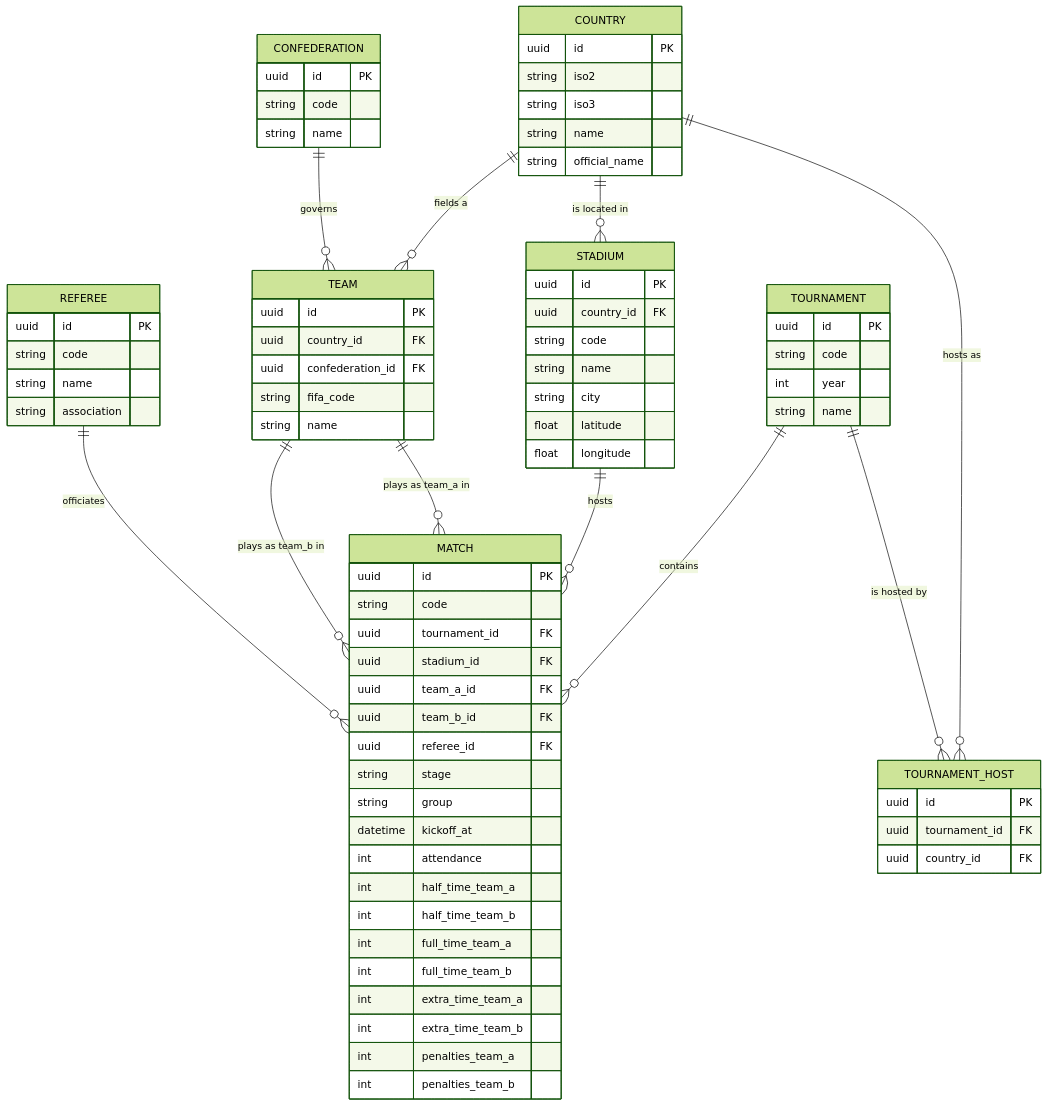
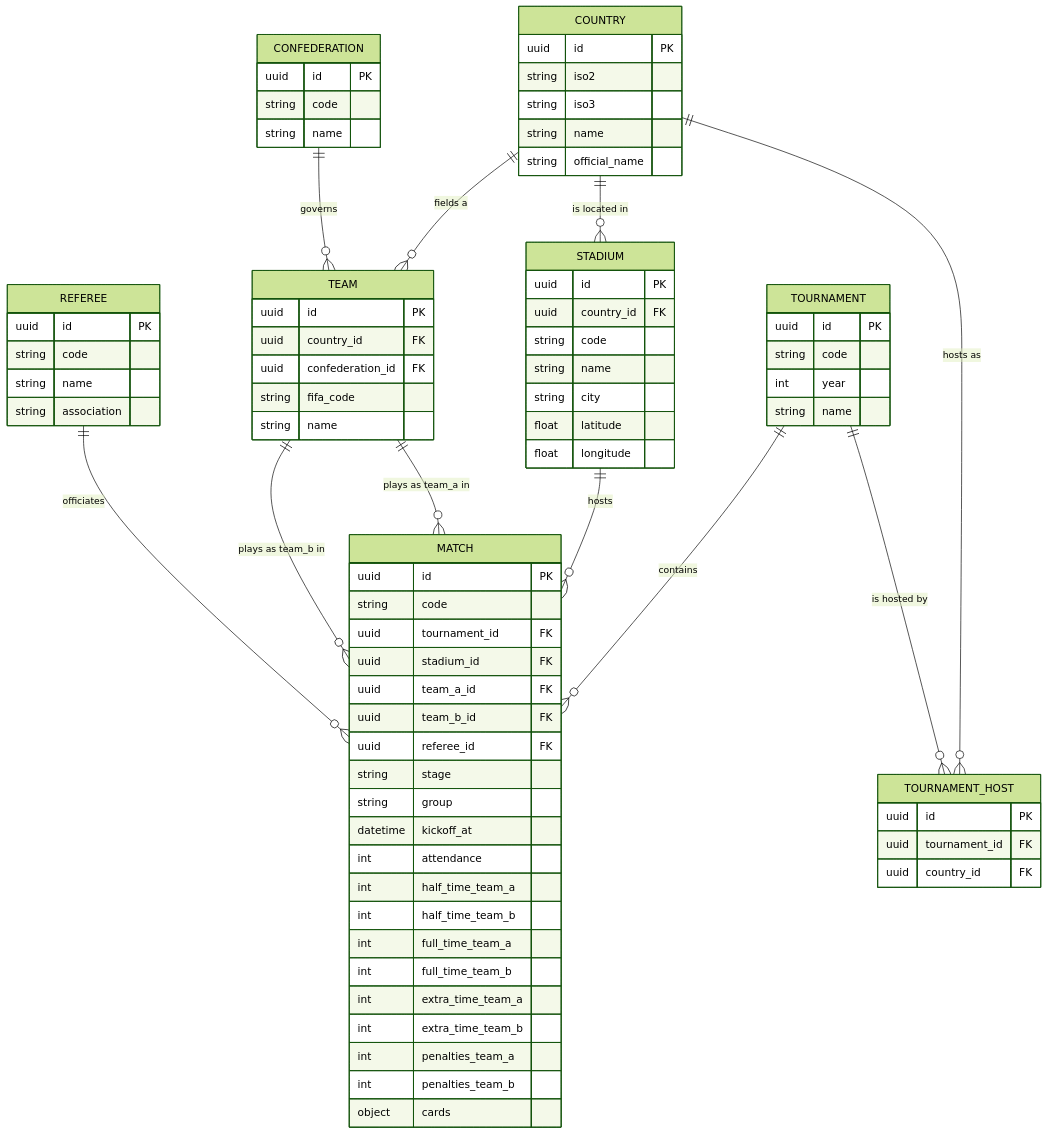
The first of 3 diagrams in docs/DATA_MODEL.md (pawelMSoftware/world-cup-data), drawn with Mermaid (forest theme) before and after one commit. The commit also changed other lines of this file and 13 other files, not shown here.

````diff
--- a/docs/DATA_MODEL.md
+++ b/docs/DATA_MODEL.md
@@ -14,80 +14,81 @@
 ```mermaid
 erDiagram
     COUNTRY ||--o{ TEAM : "fields a"
     COUNTRY ||--o{ STADIUM : "is located in"
     COUNTRY ||--o{ TOURNAMENT_HOST : "hosts as"
     CONFEDERATION ||--o{ TEAM : "governs"
     TOURNAMENT ||--o{ TOURNAMENT_HOST : "is hosted by"
     TOURNAMENT ||--o{ MATCH : "contains"
     STADIUM ||--o{ MATCH : "hosts"
     TEAM ||--o{ MATCH : "plays as team_a in"
     TEAM ||--o{ MATCH : "plays as team_b in"
     REFEREE ||--o{ MATCH : "officiates"
 
     COUNTRY {
         uuid id PK
         string iso2
         string iso3
         string name
         string official_name
     }
     CONFEDERATION {
         uuid id PK
         string code
         string name
     }
     TEAM {
         uuid id PK
         uuid country_id FK
         uuid confederation_id FK
         string fifa_code
         string name
     }
     STADIUM {
         uuid id PK
         uuid country_id FK
         string code
         string name
         string city
         float latitude
         float longitude
     }
     TOURNAMENT {
         uuid id PK
         string code
         int year
         string name
     }
     TOURNAMENT_HOST {
         uuid id PK
         uuid tournament_id FK
         uuid country_id FK
     }
     REFEREE {
         uuid id PK
         string code
         string name
         string association
     }
     MATCH {
         uuid id PK
         string code
         uuid tournament_id FK
         uuid stadium_id FK
         uuid team_a_id FK
         uuid team_b_id FK
         uuid referee_id FK
         string stage
         string group
         datetime kickoff_at
         int attendance
         int half_time_team_a
         int half_time_team_b
         int full_time_team_a
         int full_time_team_b
         int extra_time_team_a
         int extra_time_team_b
         int penalties_team_a
         int penalties_team_b
+        object cards
     }
 ```
````
